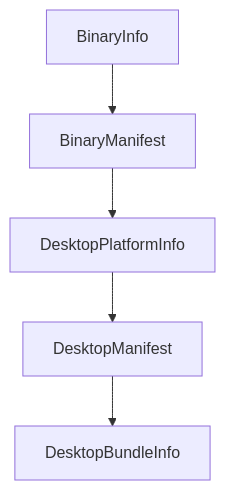
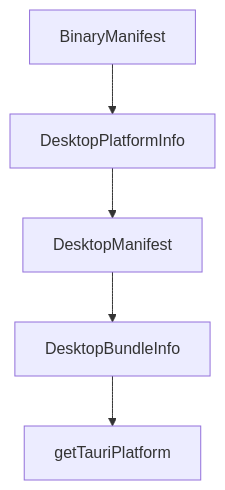
One commit to johnxie/awesome-code-docs changed the diagram in tutorials/vibe-kanban-tutorial/07-development-and-source-build-workflow.md. Above: the diagram before and after it, drawn with Mermaid. The commit also changed other lines of this file and 1232 other files, not shown here.

````diff
--- a/tutorials/vibe-kanban-tutorial/07-development-and-source-build-workflow.md
+++ b/tutorials/vibe-kanban-tutorial/07-development-and-source-build-workflow.md
@@ -226,12 +224,12 @@
 ```mermaid
 flowchart TD
-    A[BinaryInfo]
-    B[BinaryManifest]
-    C[DesktopPlatformInfo]
-    D[DesktopManifest]
-    E[DesktopBundleInfo]
+    A[BinaryManifest]
+    B[DesktopPlatformInfo]
+    C[DesktopManifest]
+    D[DesktopBundleInfo]
+    E[getTauriPlatform]
     A --> B
     B --> C
     C --> D
     D --> E
 ```
````
